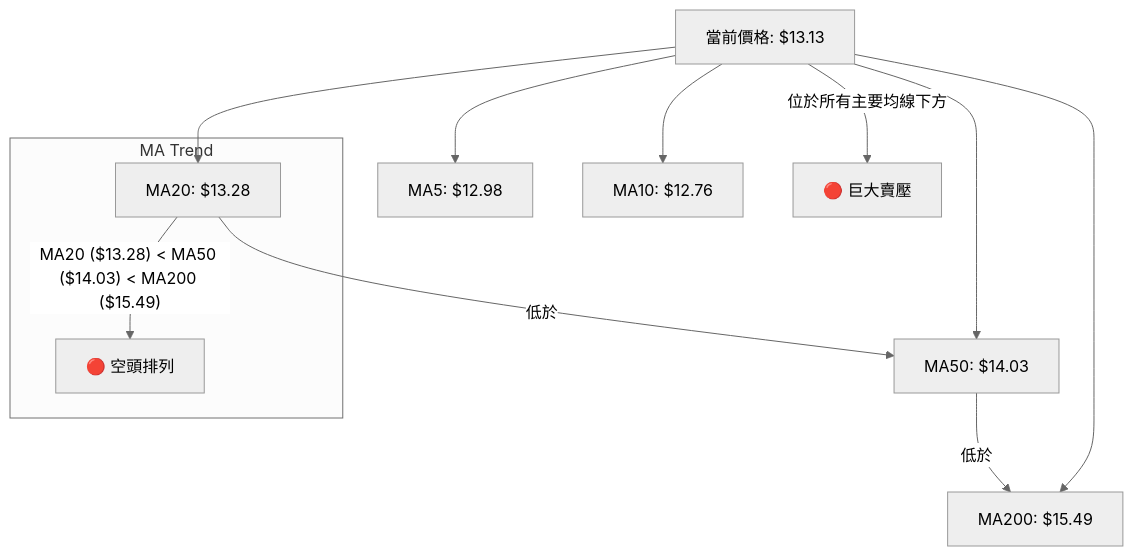
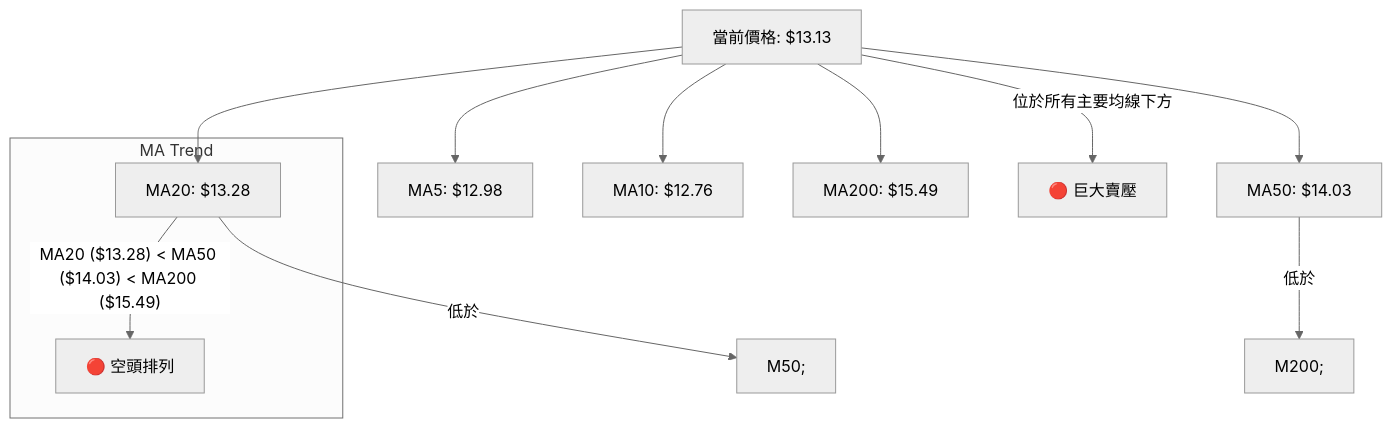
One commit to yennanliu/finance_data changed the sixth of 7 diagrams in ai_gen_report/stock/nu/technical_analysis_2026-05-30_gemini.md. Above: the diagram before and after it, drawn with Mermaid (neutral theme). The commit also changed other lines of this file and 2171 other files, not shown here.

First line of the commit message:
chore: re-run corrected Mermaid backfill across reports

````diff
--- a/ai_gen_report/stock/nu/technical_analysis_2026-05-30_gemini.md
+++ b/ai_gen_report/stock/nu/technical_analysis_2026-05-30_gemini.md
@@ -472,15 +472,15 @@
 ```mermaid
 graph TD
-    P[當前價格: $13.13] --> M5[MA5: $12.98];
-    P --> M10[MA10: $12.76];
-    P --> M20[MA20: $13.28];
-    P --> M50[MA50: $14.03];
-    P --> M200[MA200: $15.49];
+    P["當前價格: $13.13"] --> M5["MA5: $12.98"];
+    P --> M10["MA10: $12.76"];
+    P --> M20["MA20: $13.28"];
+    P --> M50["MA50: $14.03"];
+    P --> M200["MA200: $15.49"];
 
-    M20 -- 低於 --> M50;
-    M50 -- 低於 --> M200;
+    M20 -- 低於 --> nb1["M50;"]
+    M50 -- 低於 --> nb2["M200;"]
     subgraph MA Trend
-        M20 -- MA20 ($13.28) < MA50 ($14.03) < MA200 ($15.49) --> Bearish[🔴 空頭排列];
+        M20 -- MA20 ($13.28) < MA50 ($14.03) < MA200 ($15.49) --> Bearish["🔴 空頭排列"];
     end
-    P -- 位於所有主要均線下方 --> StrongPressure[🔴 巨大賣壓];
+    P -- 位於所有主要均線下方 --> StrongPressure["🔴 巨大賣壓"];
 ```
````
